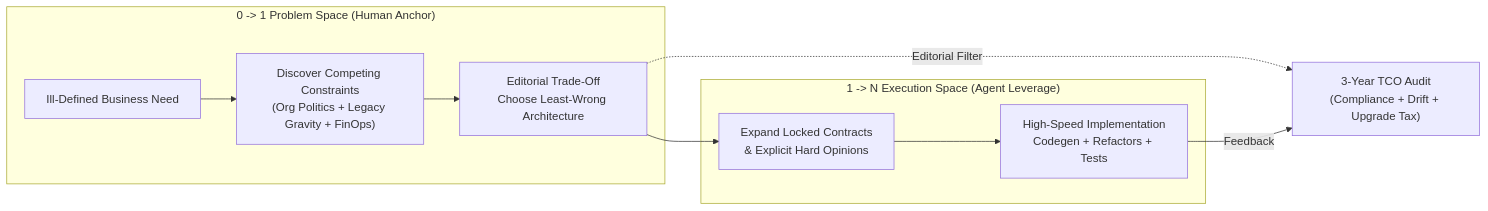
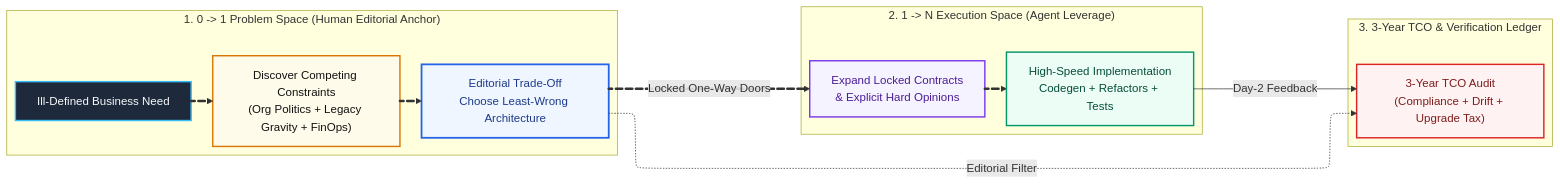
The first of 2 diagrams in src/content/blog/editorial-architecture-and-three-year-tco.md (kumarshaz/kumarshaz.github.io), drawn with Mermaid before and after one commit. The commit also changed other lines of this file and 22 other files, not shown here.

Commit message:
feat(blog): review 6 new posts, add hero banners, and upgrade Mermaid v12 with ELK & Tidy-Tree

````diff
--- a/src/content/blog/editorial-architecture-and-three-year-tco.md
+++ b/src/content/blog/editorial-architecture-and-three-year-tco.md
@@ -55,15 +50,40 @@
 ```mermaid
+---
+config:
+  layout: elk
+---
 flowchart LR
-    subgraph Zone01["0 -> 1 Problem Space (Human Anchor)"]
-        A["Ill-Defined Business Need"] --> B["Discover Competing Constraints\n(Org Politics + Legacy Gravity + FinOps)"]
-        B --> C["Editorial Trade-Off\nChoose Least-Wrong Architecture"]
+    subgraph Zone01["1. 0 -> 1 Problem Space (Human Editorial Anchor)"]
+        A["Ill-Defined Business Need"]:::intakeNode
+        B["Discover Competing Constraints\n(Org Politics + Legacy Gravity + FinOps)"]:::gateNode
+        C["Editorial Trade-Off\nChoose Least-Wrong Architecture"]:::accentNode
     end
 
-    subgraph Zone1N["1 -> N Execution Space (Agent Leverage)"]
-        C --> D["Expand Locked Contracts\n& Explicit Hard Opinions"]
-        D --> E["High-Speed Implementation\nCodegen + Refactors + Tests"]
+    subgraph Zone1N["2. 1 -> N Execution Space (Agent Leverage)"]
+        D["Expand Locked Contracts\n& Explicit Hard Opinions"]:::codeNode
+        E["High-Speed Implementation\nCodegen + Refactors + Tests"]:::safeNode
     end
 
-    C -.->|Editorial Filter| F["3-Year TCO Audit\n(Compliance + Drift + Upgrade Tax)"]
-    E -->|Feedback| F
+    subgraph ZoneTCO["3. 3-Year TCO & Verification Ledger"]
+        F["3-Year TCO Audit\n(Compliance + Drift + Upgrade Tax)"]:::dangerNode
+    end
+
+    A e1@==> B
+    B e2@==> C
+    C e3@==>|"Locked One-Way Doors"| D
+    D e4@==> E
+    C e5@-.->|"Editorial Filter"| F
+    E e6@-->|"Day-2 Feedback"| F
+
+    e1@{ animate: true }
+    e2@{ animate: true }
+    e3@{ animate: true }
+    e4@{ animate: true }
+
+    classDef intakeNode fill:#1E293B,stroke:#38BDF8,stroke-width:2px,color:#F8FAFC
+    classDef gateNode fill:#FFFBEB,stroke:#D97706,stroke-width:2px,color:#111111
+    classDef accentNode fill:#EFF6FF,stroke:#2563EB,stroke-width:2.5px,color:#1E3A8A
+    classDef codeNode fill:#F5F3FF,stroke:#7C3AED,stroke-width:2px,color:#4C1D95
+    classDef safeNode fill:#ECFDF5,stroke:#059669,stroke-width:2px,color:#064E3B
+    classDef dangerNode fill:#FEF2F2,stroke:#DC2626,stroke-width:2px,color:#7F1D1D
 ```
````
